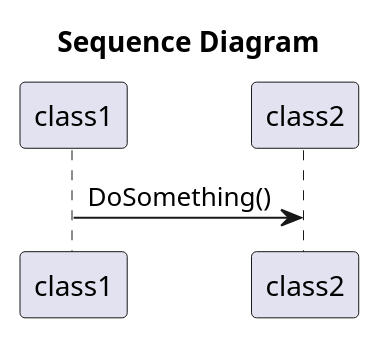
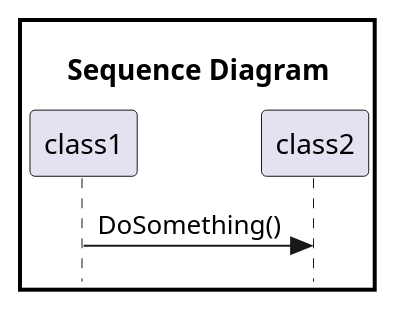
The first of 23 diagrams in uml_markdown_summary.md (chraxo/UmlMarkdownCheatSheet), drawn with PlantUML before and after one commit. The commit also changed other lines of this file, not shown here.

Commit message:
class diagram: further improvement

```diff
--- a/uml_markdown_summary.md
+++ b/uml_markdown_summary.md
@@ -42,4 +58,10 @@
 @startuml
-title Sequence Diagram
-class1 -> class2 : DoSomething()
+    skinparam DiagramBorderColor black
+    skinparam DiagramBorderThickness 2
+
+    skinparam style strictuml
+
+    title Sequence Diagram
+
+    class1 -> class2 : DoSomething()
 @enduml
```
